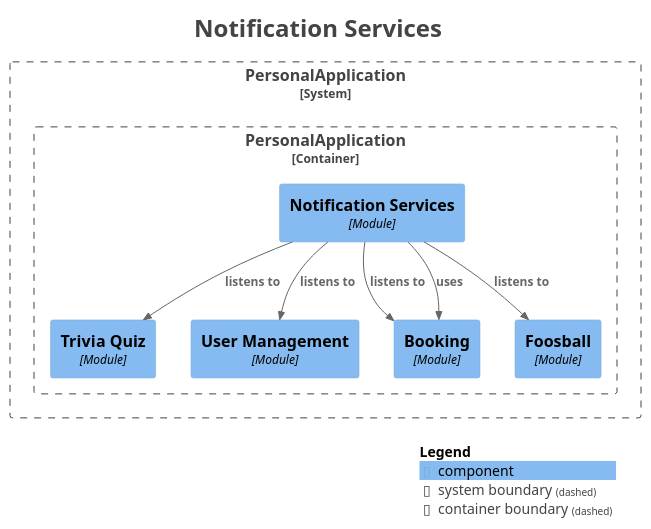
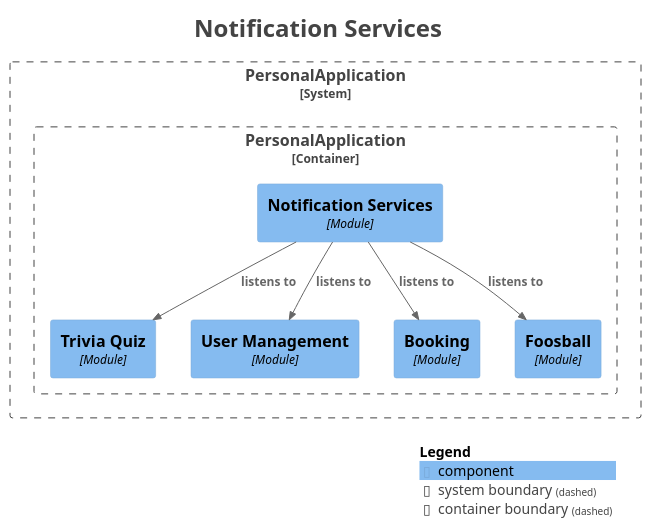
Before and after one commit to SnapPetal/PersonalWeb: the diagram in docs/modulith/module-notification.puml, drawn with PlantUML. The commit also changed 6 other files, not shown here.

```diff
--- a/docs/modulith/module-notification.puml
+++ b/docs/modulith/module-notification.puml
@@ -1,37 +1,36 @@
 @startuml
 title <size:24>Notification Services</size>
 
 set separator none
 top to bottom direction
 
 <style>
   root {
     BackgroundColor: #ffffff
     FontColor: #444444
   }
 </style>
 
 !include <C4/C4>
 !include <C4/C4_Context>
 !include <C4/C4_Component>
 
 System_Boundary("PersonalApplication_boundary", "PersonalApplication", $tags="") {
   Container_Boundary("PersonalApplication.PersonalApplication_boundary", "PersonalApplication", $tags="") {
     Component(PersonalApplication.PersonalApplication.TriviaQuiz, "Trivia Quiz", $techn="Module", $descr="", $tags="", $link="")
     Component(PersonalApplication.PersonalApplication.UserManagement, "User Management", $techn="Module", $descr="", $tags="", $link="")
     Component(PersonalApplication.PersonalApplication.NotificationServices, "Notification Services", $techn="Module", $descr="", $tags="", $link="")
     Component(PersonalApplication.PersonalApplication.Booking, "Booking", $techn="Module", $descr="", $tags="", $link="")
     Component(PersonalApplication.PersonalApplication.Foosball, "Foosball", $techn="Module", $descr="", $tags="", $link="")
   }
 
 }
 
+Rel(PersonalApplication.PersonalApplication.NotificationServices, PersonalApplication.PersonalApplication.Foosball, "listens to", $techn="", $tags="", $link="")
 Rel(PersonalApplication.PersonalApplication.NotificationServices, PersonalApplication.PersonalApplication.UserManagement, "listens to", $techn="", $tags="", $link="")
 Rel(PersonalApplication.PersonalApplication.NotificationServices, PersonalApplication.PersonalApplication.TriviaQuiz, "listens to", $techn="", $tags="", $link="")
-Rel(PersonalApplication.PersonalApplication.NotificationServices, PersonalApplication.PersonalApplication.Foosball, "listens to", $techn="", $tags="", $link="")
 Rel(PersonalApplication.PersonalApplication.NotificationServices, PersonalApplication.PersonalApplication.Booking, "listens to", $techn="", $tags="", $link="")
-Rel(PersonalApplication.PersonalApplication.NotificationServices, PersonalApplication.PersonalApplication.Booking, "uses", $techn="", $tags="", $link="")
 
 SHOW_LEGEND(true)
 hide stereotypes
 @enduml
```
